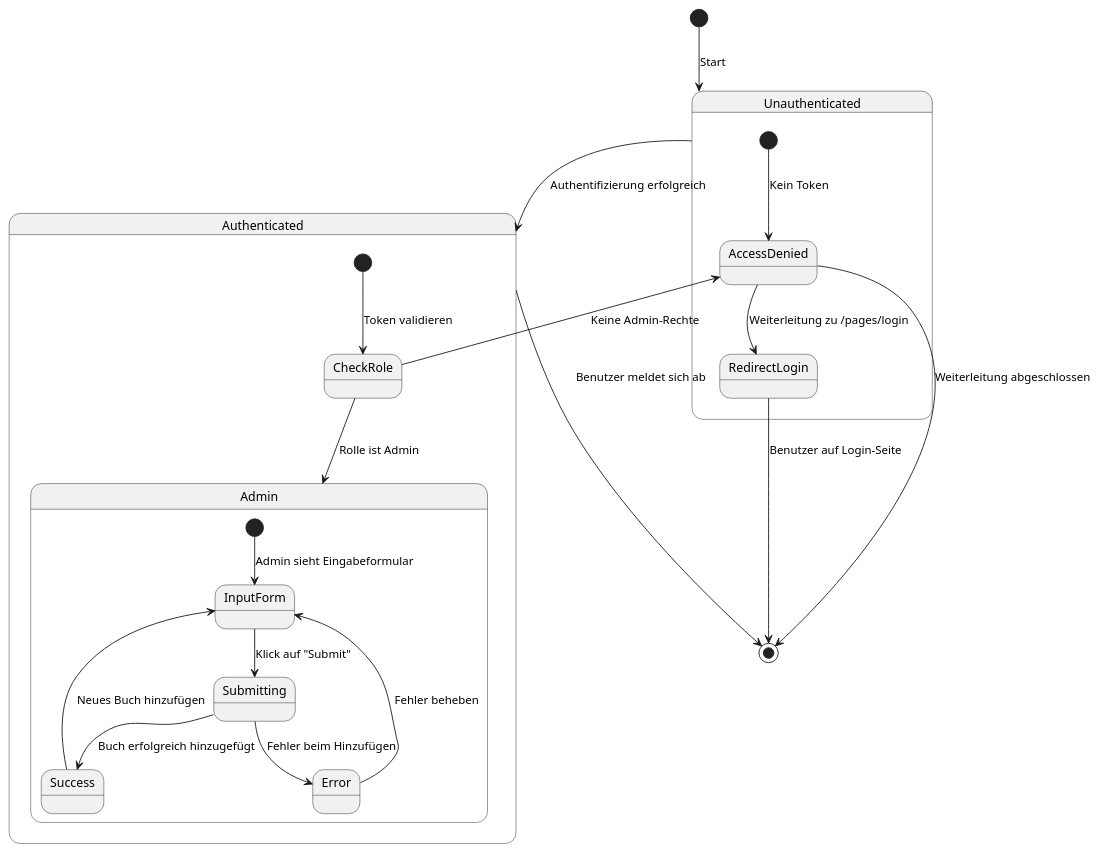
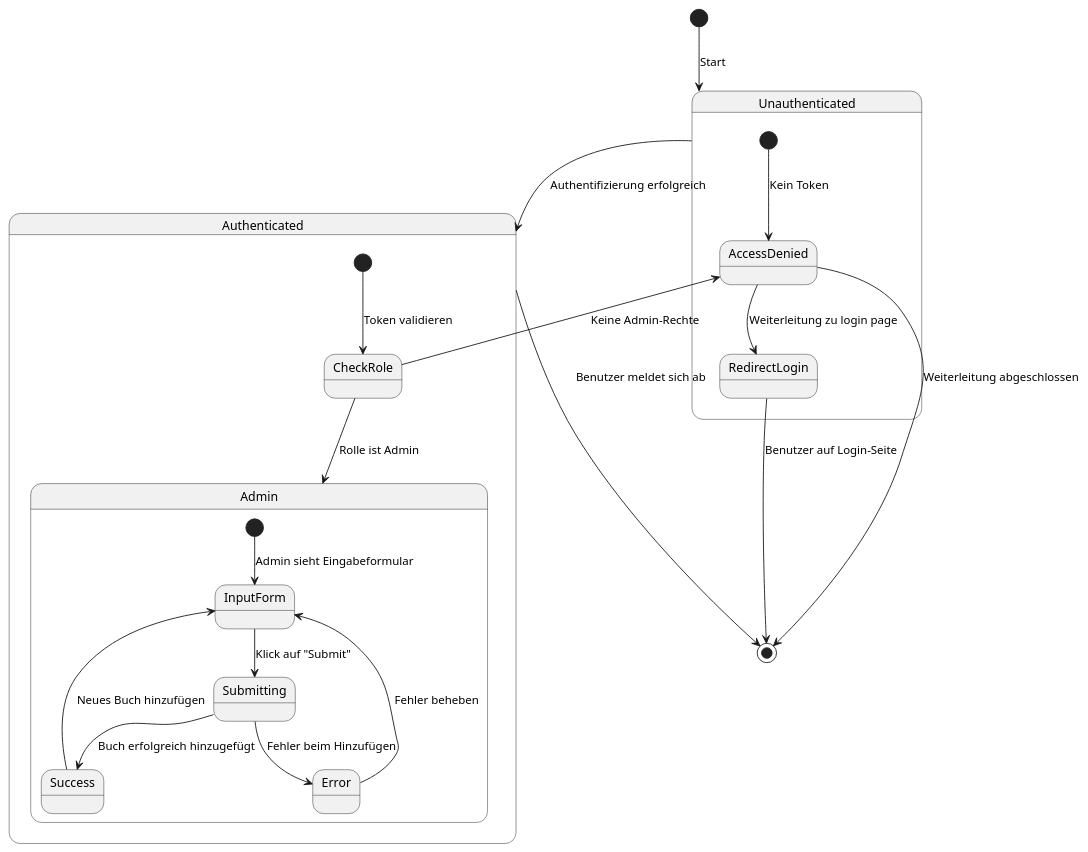
The diagram in .extras/doc/buch-hinzufuegen.puml (MarioMansaku/Project_Abgabe.2), drawn with PlantUML before and after one commit. The commit also changed 2 other files, not shown here.

Commit message:
Updated Plantuml Diagramme

```diff
--- a/.extras/doc/buch-hinzufuegen.puml
+++ b/.extras/doc/buch-hinzufuegen.puml
@@ -1,29 +1,29 @@
 @startuml BuchHinzufuegen
 [*] --> Unauthenticated : Start
 
 state Unauthenticated {
     [*] --> AccessDenied : Kein Token
-    AccessDenied --> RedirectLogin : Weiterleitung zu /pages/login
+    AccessDenied --> RedirectLogin : Weiterleitung zu login page
 }
 
 state Authenticated {
     [*] --> CheckRole : Token validieren
     CheckRole --> Admin : Rolle ist Admin
     CheckRole --> AccessDenied : Keine Admin-Rechte
 
     state Admin {
         [*] --> InputForm : Admin sieht Eingabeformular
         InputForm --> Submitting : Klick auf "Submit"
         Submitting --> Success : Buch erfolgreich hinzugefügt
         Submitting --> Error : Fehler beim Hinzufügen
         Success --> InputForm : Neues Buch hinzufügen
         Error --> InputForm : Fehler beheben
     }
 }
 
 AccessDenied --> [*] : Weiterleitung abgeschlossen
 RedirectLogin --> [*] : Benutzer auf Login-Seite
 
 Authenticated --> [*] : Benutzer meldet sich ab
 Unauthenticated --> Authenticated : Authentifizierung erfolgreich
 @enduml
```
